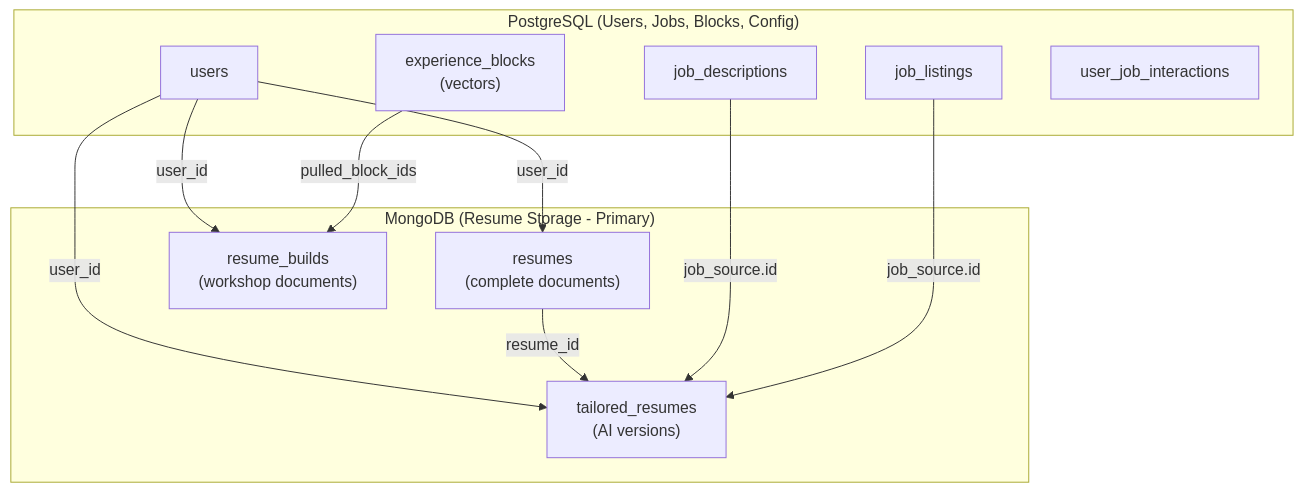
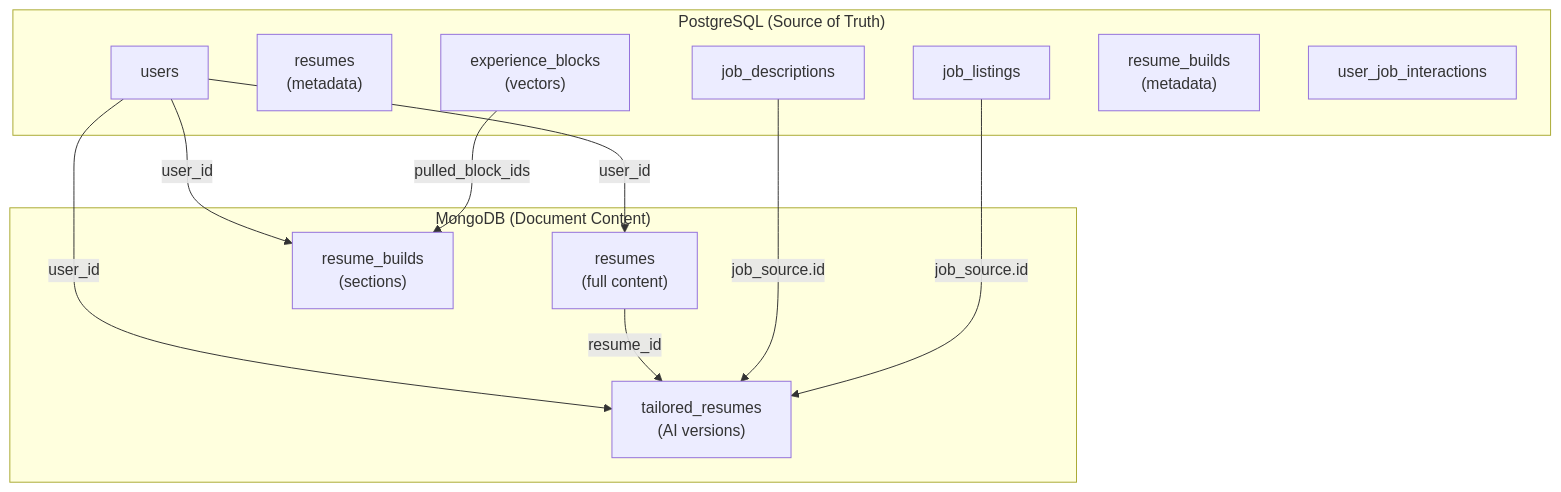
Before and after one commit to Sungchunn/AI-Resume-Tailor: diagram 15 of 33 in docs/architecture/system-architecture.md, drawn with Mermaid. The commit also changed other lines of this file, not shown here.

First line of the commit message:
docs: update system architecture with webhook integration and schema corrections

````diff
--- a/docs/architecture/system-architecture.md
+++ b/docs/architecture/system-architecture.md
@@ -980,26 +1038,28 @@
 ```mermaid
 flowchart TB
-    subgraph PostgreSQL["PostgreSQL (Users, Jobs, Blocks, Config)"]
+    subgraph PostgreSQL["PostgreSQL (Source of Truth)"]
         PG_Users["users"]
+        PG_Resumes["resumes<br/>(metadata)"]
         PG_Jobs["job_descriptions"]
         PG_Listings["job_listings"]
         PG_Blocks["experience_blocks<br/>(vectors)"]
+        PG_Builds["resume_builds<br/>(metadata)"]
         PG_Interactions["user_job_interactions"]
     end
 
-    subgraph MongoDB["MongoDB (Resume Storage - Primary)"]
-        MG_Resumes["resumes<br/>(complete documents)"]
+    subgraph MongoDB["MongoDB (Document Content)"]
+        MG_Resumes["resumes<br/>(full content)"]
         MG_Tailored["tailored_resumes<br/>(AI versions)"]
-        MG_Builds["resume_builds<br/>(workshop documents)"]
+        MG_Builds["resume_builds<br/>(sections)"]
     end
 
     PG_Users --> |"user_id"| MG_Resumes
     PG_Users --> |"user_id"| MG_Tailored
     PG_Users --> |"user_id"| MG_Builds
 
     MG_Resumes --> |"resume_id"| MG_Tailored
     PG_Jobs --> |"job_source.id"| MG_Tailored
     PG_Listings --> |"job_source.id"| MG_Tailored
 
     PG_Blocks --> |"pulled_block_ids"| MG_Builds
 ```
````
